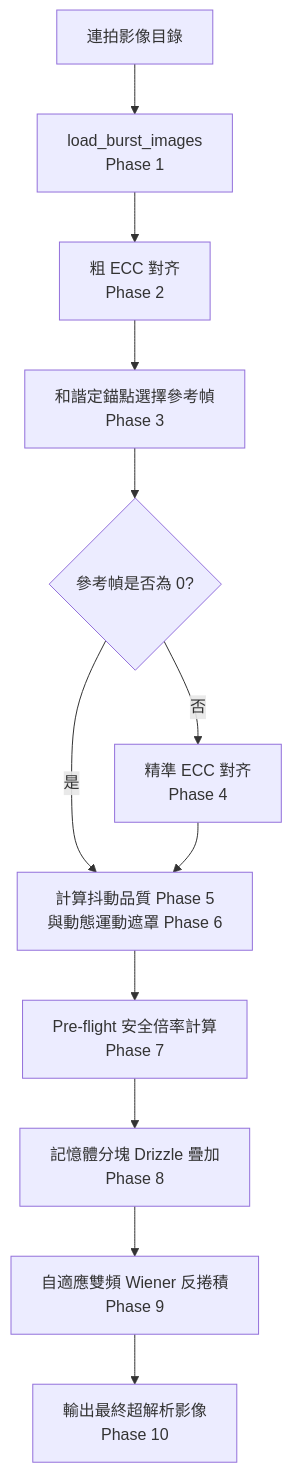
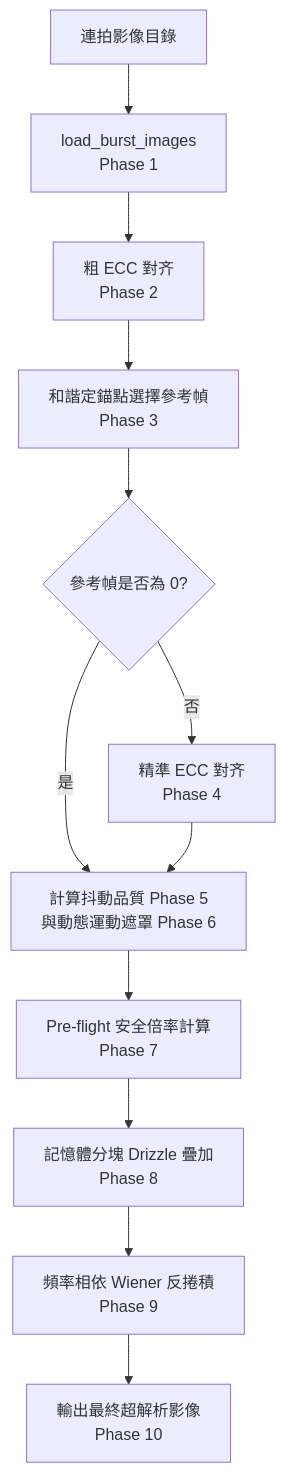
The diagram in ARCHITECTURE_zh_TW.md (chienhaoc/Optico), drawn with Mermaid before and after one commit. The commit also changed other lines of this file and 9 other files, not shown here.

````diff
--- a/ARCHITECTURE_zh_TW.md
+++ b/ARCHITECTURE_zh_TW.md
@@ -30,14 +30,14 @@
 ```mermaid
 graph TD
     A["連拍影像目錄"] --> B["load_burst_images<br/>Phase 1"]
     B --> C["粗 ECC 對齐<br/>Phase 2"]
     C --> D["和諧定錨點選擇參考幀<br/>Phase 3"]
     D --> E{參考幀是否為 0?}
     E -->|否| F["精準 ECC 對齐<br/>Phase 4"]
     E -->|是| G["計算抖動品質 Phase 5<br/>與動態運動遮罩 Phase 6"]
     F --> G
     G --> H["Pre-flight 安全倍率計算<br/>Phase 7"]
     H --> I["記憶體分塊 Drizzle 疊加<br/>Phase 8"]
-    I --> J["自適應雙頻 Wiener 反捲積<br/>Phase 9"]
+    I --> J["頻率相依 Wiener 反捲積<br/>Phase 9"]
     J --> K["輸出最終超解析影像<br/>Phase 10"]
 ```
````
